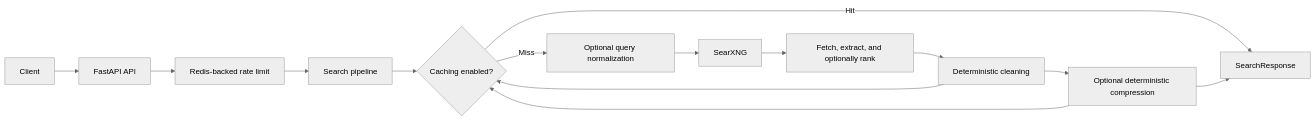
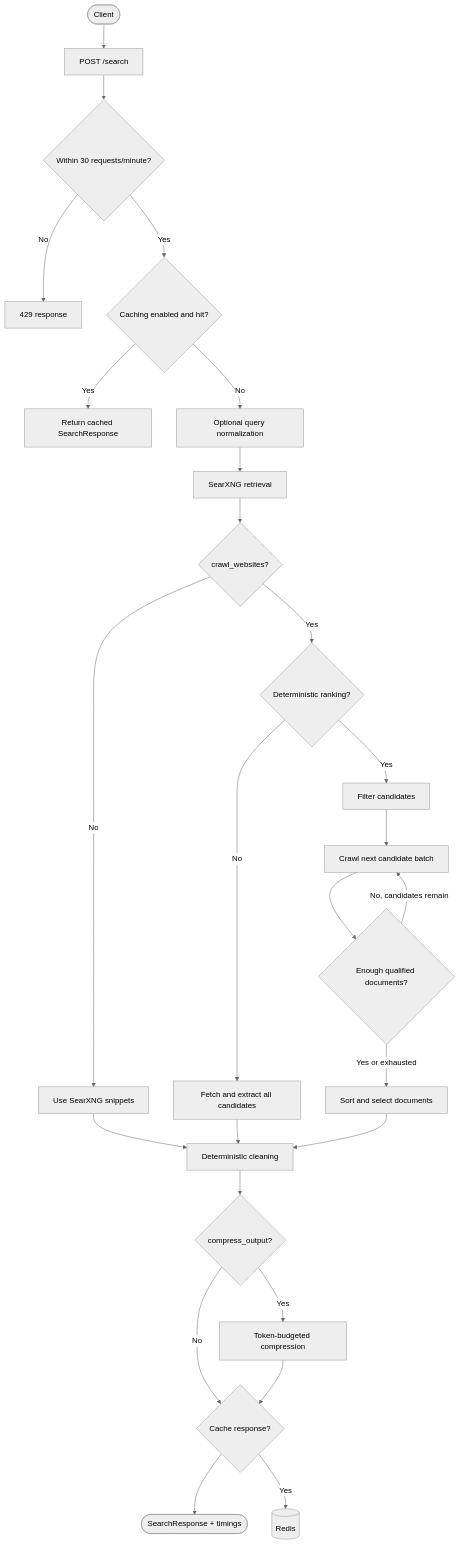
One commit to RHarish1/quarry changed the diagram in README.md. Above: the diagram before and after it, drawn with Mermaid (neutral theme). The commit also changed 6 other files, not shown here.

Commit message:
docs(api): document search pipeline and OpenAPI schema

````diff
--- a/README.md
+++ b/README.md
@@ -11,16 +11,28 @@
 ```mermaid
-flowchart LR
-  Client[Client] --> API[FastAPI API]
-  API --> Limit[Redis-backed rate limit]
-  Limit --> Pipeline[Search pipeline]
-  Pipeline --> Cache{Caching enabled?}
-  Cache -->|Hit| Response[SearchResponse]
-  Cache -->|Miss| Normalize[Optional query normalization]
-  Normalize --> Search[SearXNG]
-  Search --> Crawl[Fetch, extract, and optionally rank]
-  Crawl --> Clean[Deterministic cleaning]
-  Clean --> Compress[Optional deterministic compression]
-  Clean --> Cache
-  Compress --> Cache
-  Compress --> Response
+flowchart TD
+  Client([Client]) --> API[POST /search]
+  API --> Limit{Within 30 requests/minute?}
+  Limit -->|No| Throttle[429 response]
+  Limit -->|Yes| Cache{Caching enabled and hit?}
+  Cache -->|Yes| Cached[Return cached SearchResponse]
+  Cache -->|No| Normalize[Optional query normalization]
+  Normalize --> Retrieve[SearXNG retrieval]
+  Retrieve --> Crawl{crawl_websites?}
+  Crawl -->|No| Snippets[Use SearXNG snippets]
+  Crawl -->|Yes| Rank{Deterministic ranking?}
+  Rank -->|No| All[Fetch and extract all candidates]
+  Rank -->|Yes| Filter[Filter candidates]
+  Filter --> Batch[Crawl next candidate batch]
+  Batch --> Target{Enough qualified documents?}
+  Target -->|No, candidates remain| Batch
+  Target -->|Yes or exhausted| Selected[Sort and select documents]
+  Snippets --> Clean[Deterministic cleaning]
+  All --> Clean
+  Selected --> Clean
+  Clean --> Compress{compress_output?}
+  Compress -->|Yes| Reduce[Token-budgeted compression]
+  Compress -->|No| Store{Cache response?}
+  Reduce --> Store
+  Store --> Response([SearchResponse + timings])
+  Store -->|Yes| Redis[(Redis)]
 ```
````
